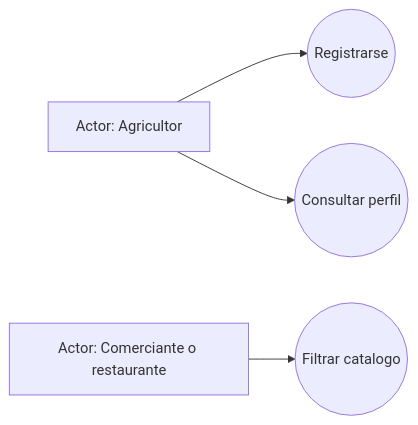
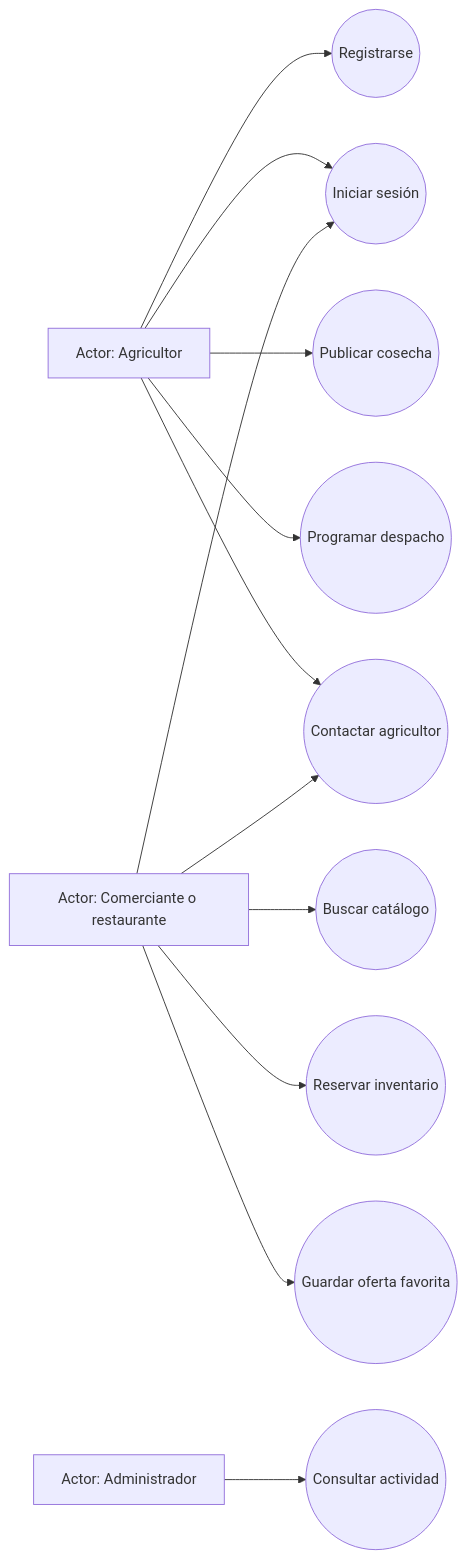
One commit to santixit/agrovalle-connect changed the first of 8 diagrams in docs/uml/README.md. Above: the diagram before and after it, drawn with Mermaid. The commit also changed other lines of this file and 6 other files, not shown here.

````diff
--- a/docs/uml/README.md
+++ b/docs/uml/README.md
@@ -7,11 +7,26 @@
 ```mermaid
 flowchart LR
   agricultor[Actor: Agricultor]
   comprador[Actor: Comerciante o restaurante]
+  admin[Actor: Administrador]
   registrar((Registrarse))
-  consultar((Consultar perfil))
-  filtrar((Filtrar catalogo))
+  login((Iniciar sesión))
+  publicar((Publicar cosecha))
+  reservar((Reservar inventario))
+  despachar((Programar despacho))
+  filtrar((Buscar catálogo))
+  contactar((Contactar agricultor))
+  favorito((Guardar oferta favorita))
+  reporte((Consultar actividad))
   agricultor --> registrar
-  agricultor --> consultar
+  agricultor --> login
+  agricultor --> publicar
+  agricultor --> despachar
+  agricultor --> contactar
   comprador --> filtrar
+  comprador --> login
+  comprador --> reservar
+  comprador --> contactar
+  comprador --> favorito
+  admin --> reporte
 ```
````
